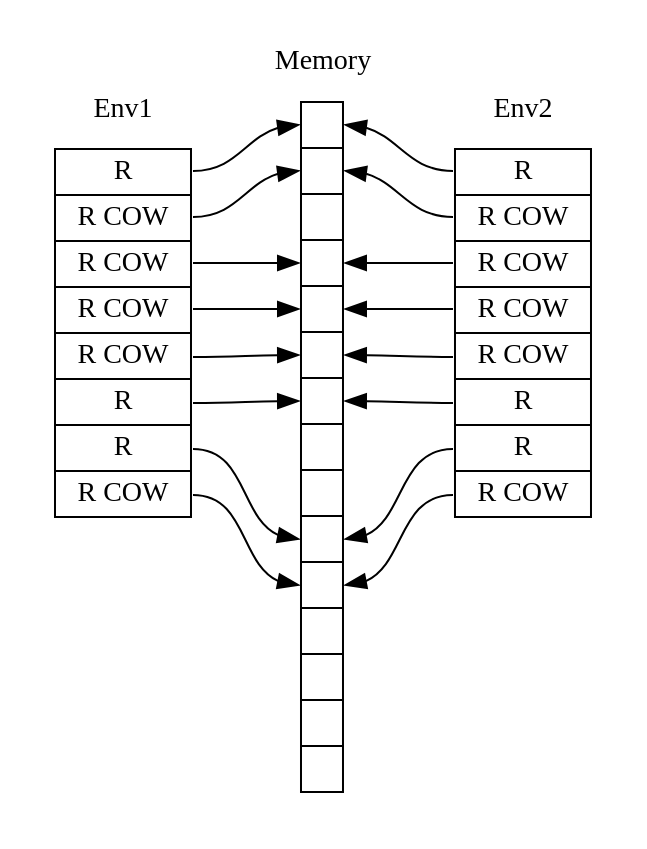
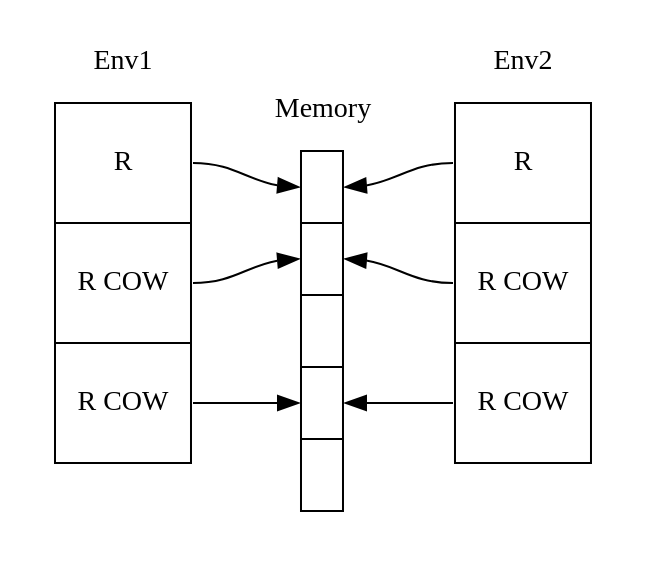
One commit to latex-g7-32/latex-g7-32 changed the diagram in dot/cow2.dot. Above: the diagram before and after it, drawn with Graphviz. The commit also changed 1 other file, not shown here.

```diff
--- a/dot/cow2.dot
+++ b/dot/cow2.dot
@@ -1,53 +1,35 @@
-digraph G 
+digraph G
 {
-	nodesep = 0.05;
-	node [shape = record, width = 0.1, height = 0.1];
-	
-	subgraph cluster0
-	{
-		env1 [label = "<p0> R |<p1> R COW |<p2> R COW |<p3> R COW |<p4> R COW |<p5> R |<p6> R |<p7> R COW", height = 2.5];
-		color = "#00000000";
-		label = "Env1";
-	}
-	subgraph cluster1
-	{
-		mem [label = "<p0> |<p1> |<p2> |<p3> |<p4> |<p5> |<p6> |<p7> |<p8> |<p9> |<p10> |<p11> |<p12> |<p13> |<p14> ", height = 2.5];
-		color = "#00000000";
-		label = "Memory";
-	}
-	subgraph cluster2
-	{
-		env2 [label = "<p0> R |<p1> R COW |<p2> R COW |<p3> R COW |<p4> R COW |<p5> R |<p6> R |<p7> R COW", height = 2.5];
-		color = "#00000000";
-		label = "Env2";
-	rankdir = RL;
-	}
+    rankdir = LR;
+    nodesep = 0.05;
+    node [shape = record, width = 0.1, height = 0.1];
 
-	rankdir = LR;
-	env1:p0 -> mem:p0;
-	env1:p1 -> mem:p1;
-	env1:p2 -> mem:p3;
-	env1:p3 -> mem:p4;
-	env1:p4 -> mem:p5;
-	env1:p5 -> mem:p6;
-	env1:p6 -> mem:p9;
-	env1:p7 -> mem:p10;
-	
-	mem:p0 -> env2:p0 [dir = back];
-	mem:p1 -> env2:p1 [dir = back];
-	mem:p3 -> env2:p2 [dir = back];
-	mem:p4 -> env2:p3 [dir = back];
-	mem:p5 -> env2:p4 [dir = back];
-	mem:p6 -> env2:p5 [dir = back];
-	mem:p9 -> env2:p6 [dir = back];
-	mem:p10-> env2:p7 [dir = back];
+    subgraph cluster0
+    {
+        env1 [label = "<p0> R |<p1> R COW |<p2> R COW ", height = 2.5];
+        color = "#00000000";
+        label = "Env1";
+    }
 
-	/*env2:p0 -> mem:p0;
-	env2:p1 -> mem:p1;
-	env2:p2 -> mem:p3;
-	env2:p3 -> mem:p4;
-	env2:p4 -> mem:p5;
-	env2:p5 -> mem:p6;
-	env2:p6 -> mem:p9;
-	env2:p7 -> mem:p10;*/
+    subgraph cluster1
+    {
+        mem [label = "<p0> |<p1> |<p2> |<p3> |<p4> ", height = 2.5];
+        color = "#00000000";
+        label = "Memory";
+    }
+
+    env1:p0 -> mem:p0;
+    env1:p1 -> mem:p1;
+    env1:p2 -> mem:p3;
+
+    subgraph cluster2
+    {
+        env2 [label = "<p0> R |<p1> R COW |<p2> R COW ", height = 2.5];
+        color = "#00000000";
+        label = "Env2";
+    rankdir = RL;
+    }
+    mem:p0 -> env2:p0 [dir = back];
+    mem:p1 -> env2:p1 [dir = back];
+    mem:p3 -> env2:p2 [dir = back];
 }
```
